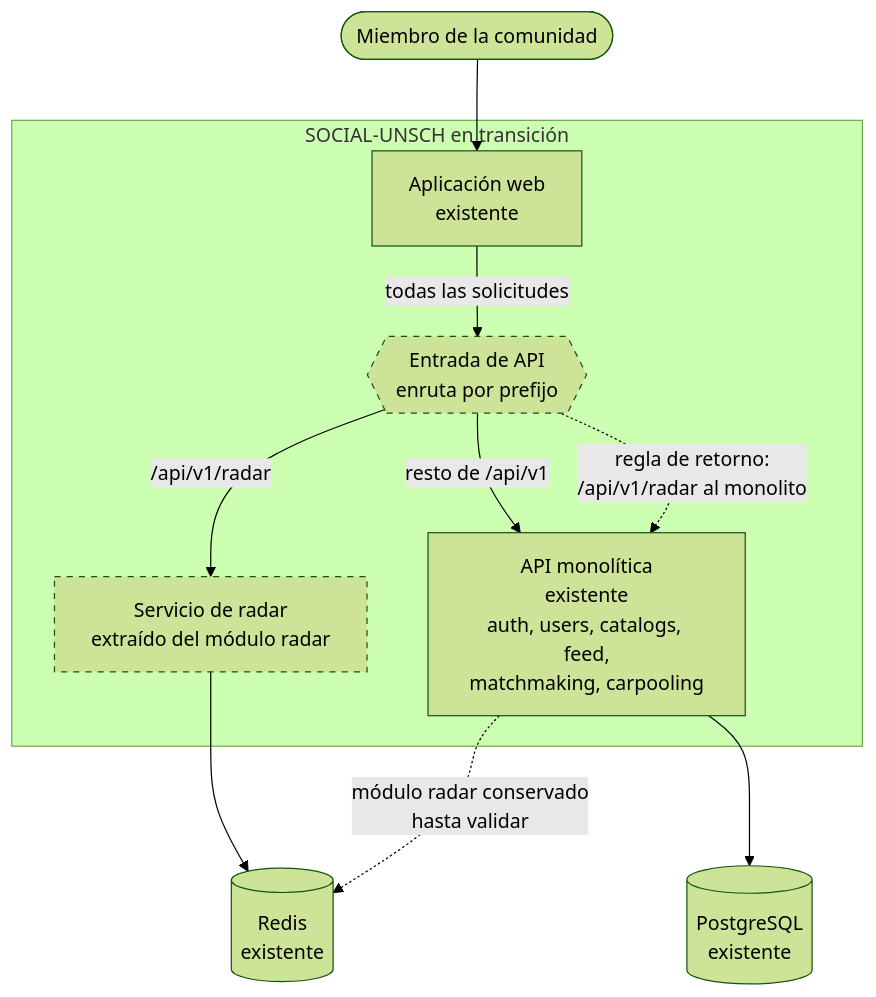
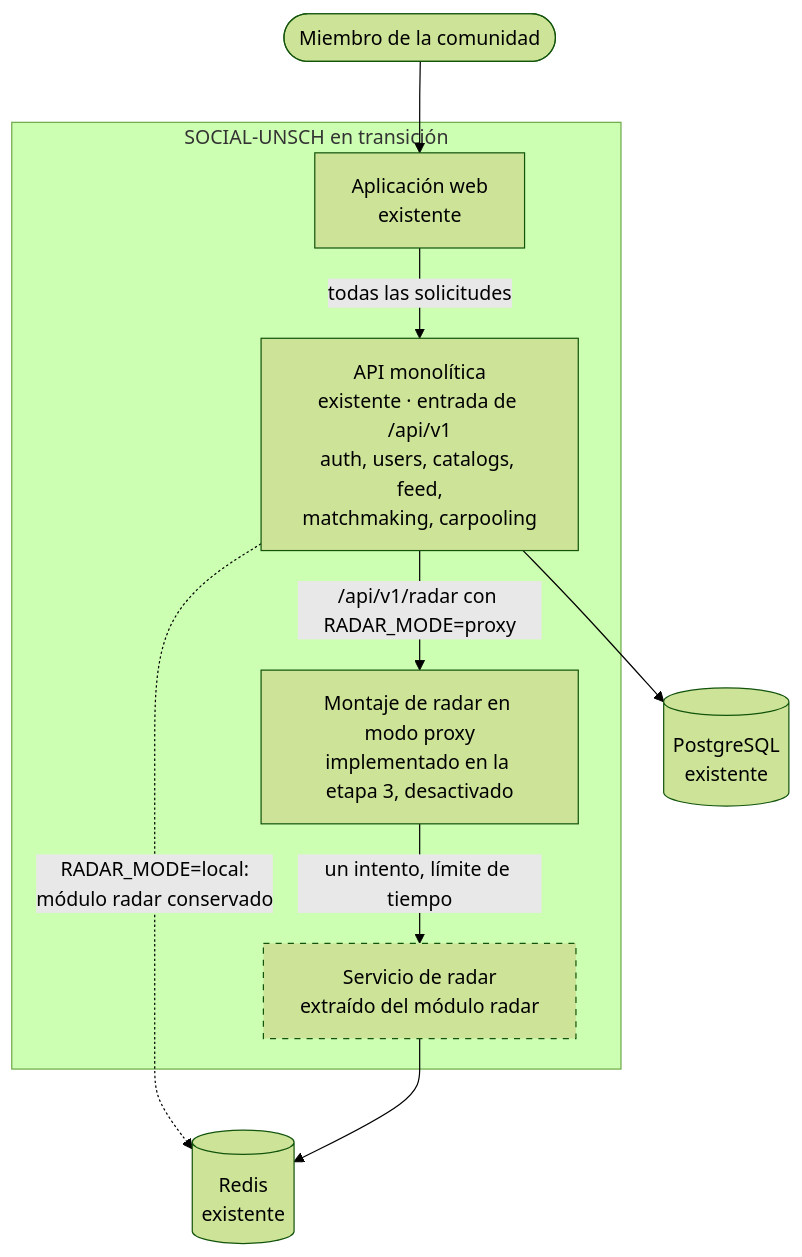
The diagram in docs/04-modelo-c4/05-contenedores-de-transicion.md (pillacarodriguezuriel-a11y/social_unsch), drawn with Mermaid (forest theme) before and after one commit. The commit also changed other lines of this file and 41 other files, not shown here.

````diff
--- a/docs/04-modelo-c4/05-contenedores-de-transicion.md
+++ b/docs/04-modelo-c4/05-contenedores-de-transicion.md
@@ -9,26 +9,25 @@
 ```mermaid
 flowchart TB
     USR(["Miembro de la comunidad"])
 
     subgraph SISTEMA["SOCIAL-UNSCH en transición"]
         WEB["Aplicación web<br/>existente"]
-        GW{{"Entrada de API<br/>enruta por prefijo"}}
-        MONO["API monolítica<br/>existente<br/>auth, users, catalogs, feed,<br/>matchmaking, carpooling"]
+        MONO["API monolítica<br/>existente · entrada de /api/v1<br/>auth, users, catalogs, feed,<br/>matchmaking, carpooling"]
+        PX["Montaje de radar en modo proxy<br/>implementado en la etapa 3, desactivado"]
         RSV["Servicio de radar<br/>extraído del módulo radar"]
     end
 
     PG[("PostgreSQL<br/>existente")]
     RD[("Redis<br/>existente")]
 
     USR --> WEB
-    WEB -- "todas las solicitudes" --> GW
-    GW -- "/api/v1/radar" --> RSV
-    GW -- "resto de /api/v1" --> MONO
-    GW -. "regla de retorno:<br/>/api/v1/radar al monolito" .-> MONO
+    WEB -- "todas las solicitudes" --> MONO
+    MONO -- "/api/v1/radar con RADAR_MODE=proxy" --> PX
+    PX -- "un intento, límite de tiempo" --> RSV
+    MONO -. "RADAR_MODE=local:<br/>módulo radar conservado" .-> RD
     MONO --> PG
     RSV --> RD
-    MONO -. "módulo radar conservado<br/>hasta validar" .-> RD
 
     classDef propuesto stroke-dasharray: 5 5
-    class GW,RSV propuesto
+    class RSV propuesto
 ```
````
